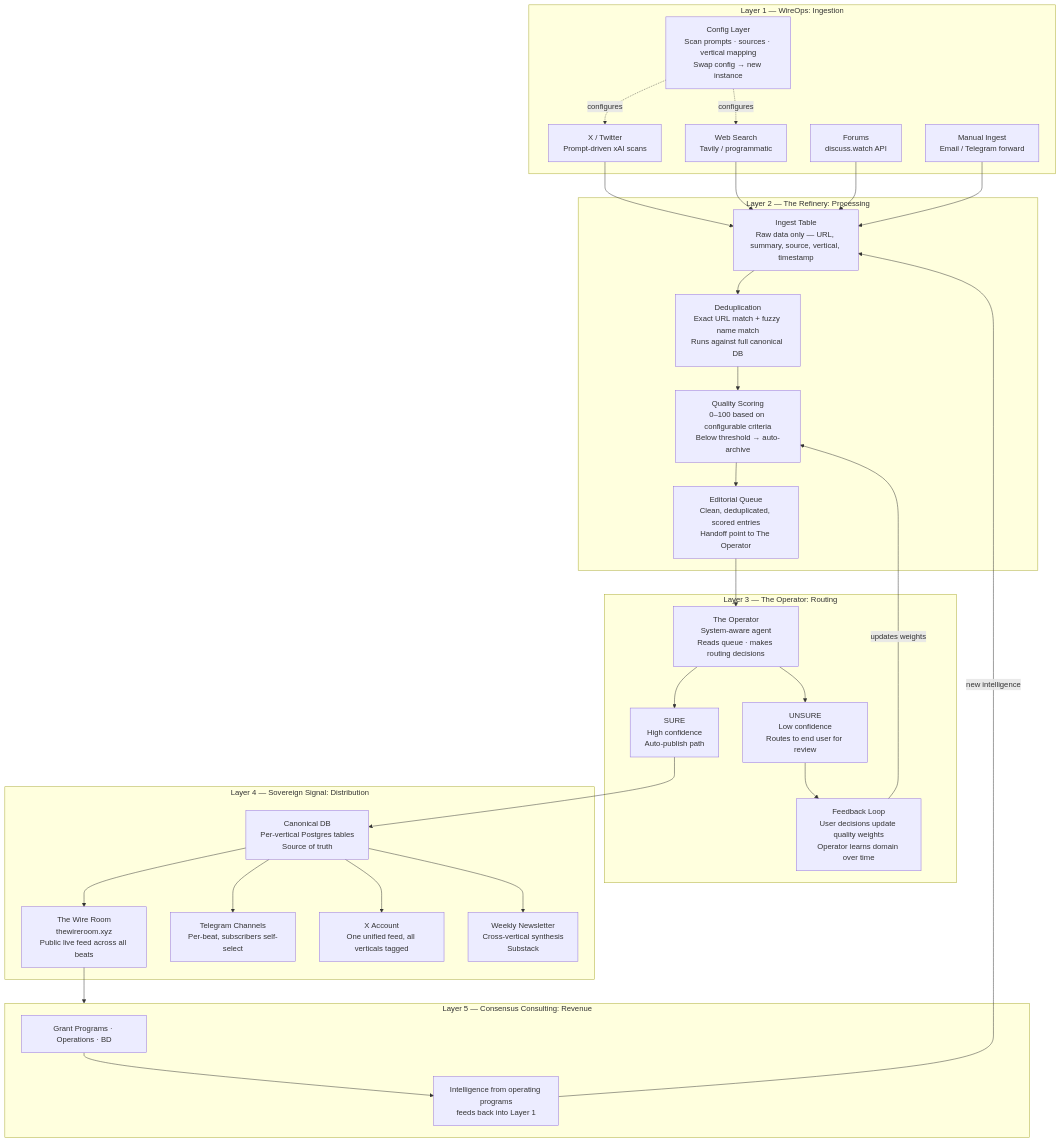
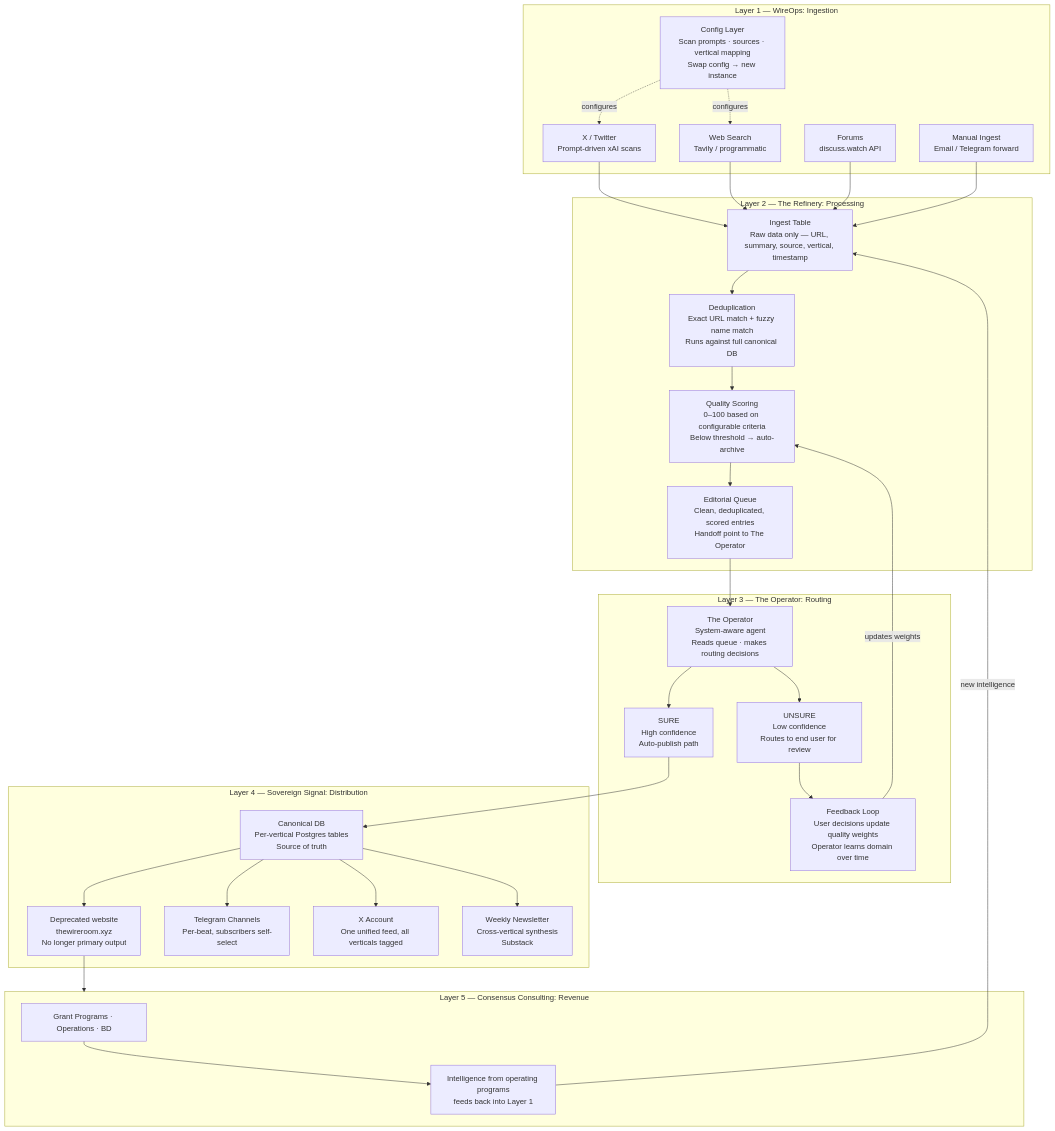
The diagram in ARCHITECTURE.md (SovereignSignal/wire-room-ops), drawn with Mermaid before and after one commit. The commit also changed other lines of this file and 11 other files, not shown here.

````diff
--- a/ARCHITECTURE.md
+++ b/ARCHITECTURE.md
@@ -31,64 +31,64 @@
 ```mermaid
 flowchart TD
     subgraph SOURCES["Layer 1 — WireOps: Ingestion"]
         X["X / Twitter\nPrompt-driven xAI scans"]
         WEB["Web Search\nTavily / programmatic"]
         FORUMS["Forums\ndiscuss.watch API"]
         MANUAL["Manual Ingest\nEmail / Telegram forward"]
         CONFIG["Config Layer\nScan prompts · sources · vertical mapping\nSwap config → new instance"]
     end
 
     subgraph REFINERY["Layer 2 — The Refinery: Processing"]
         INGEST["Ingest Table\nRaw data only — URL, summary, source, vertical, timestamp"]
         DEDUP["Deduplication\nExact URL match + fuzzy name match\nRuns against full canonical DB"]
         SCORE["Quality Scoring\n0–100 based on configurable criteria\nBelow threshold → auto-archive"]
         QUEUE["Editorial Queue\nClean, deduplicated, scored entries\nHandoff point to The Operator"]
     end
 
     subgraph OPERATOR["Layer 3 — The Operator: Routing"]
         OP["The Operator\nSystem-aware agent\nReads queue · makes routing decisions"]
         SURE["SURE\nHigh confidence\nAuto-publish path"]
         UNSURE["UNSURE\nLow confidence\nRoutes to end user for review"]
         FEEDBACK["Feedback Loop\nUser decisions update quality weights\nOperator learns domain over time"]
     end
 
     subgraph DIST["Layer 4 — Sovereign Signal: Distribution"]
         DB["Canonical DB\nPer-vertical Postgres tables\nSource of truth"]
-        WIREROOM["The Wire Room\nthewireroom.xyz\nPublic live feed across all beats"]
+        WIREROOM["Deprecated website\nthewireroom.xyz\nNo longer primary output"]
         TG["Telegram Channels\nPer-beat, subscribers self-select"]
         XFEED["X Account\nOne unified feed, all verticals tagged"]
         NL["Weekly Newsletter\nCross-vertical synthesis\nSubstack"]
     end
 
     subgraph OPS["Layer 5 — Consensus Consulting: Revenue"]
         CONSULT["Grant Programs · Operations · BD"]
         FLYWHEEL["Intelligence from operating programs\nfeeds back into Layer 1"]
     end
 
     X --> INGEST
     WEB --> INGEST
     FORUMS --> INGEST
     MANUAL --> INGEST
     CONFIG -.->|"configures"| X
     CONFIG -.->|"configures"| WEB
 
     INGEST --> DEDUP
     DEDUP --> SCORE
     SCORE --> QUEUE
 
     QUEUE --> OP
     OP --> SURE
     OP --> UNSURE
     UNSURE --> FEEDBACK
     FEEDBACK -->|"updates weights"| SCORE
 
     SURE --> DB
     DB --> WIREROOM
     DB --> TG
     DB --> XFEED
     DB --> NL
 
     WIREROOM --> OPS
     CONSULT --> FLYWHEEL
     FLYWHEEL -->|"new intelligence"| INGEST
 ```
````
